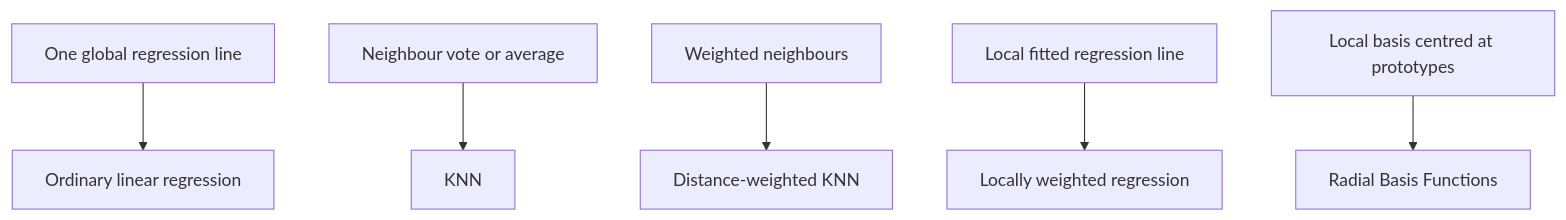
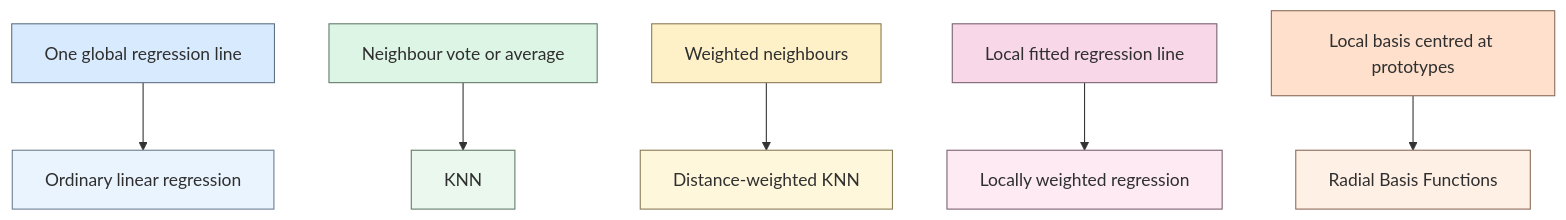
Before and after one commit to arshadhs/arshadhs.github.io: the fourth of 4 diagrams in content/docs/ai/machine-learning/06-instance-based-learning.md, drawn with Mermaid. The commit also changed other lines of this file and 1 other file, not shown here.

```diff
--- a/content/docs/ai/machine-learning/06-instance-based-learning.md
+++ b/content/docs/ai/machine-learning/06-instance-based-learning.md
@@ -786,8 +762,20 @@
 {{< mermaid >}}
 flowchart TD
   A[One global regression line] --> B[Ordinary linear regression]
   C[Neighbour vote or average] --> D[KNN]
   E[Weighted neighbours] --> F[Distance-weighted KNN]
   G[Local fitted regression line] --> H[Locally weighted regression]
   I[Local basis centred at prototypes] --> J[Radial Basis Functions]
+
+  %% Pastel Styling
+  style A fill:#D8EAFE,stroke:#5E7084,color:#2F2F2F
+  style B fill:#EAF4FF,stroke:#6B7D90,color:#2F2F2F
+  style C fill:#DDF5E4,stroke:#637A68,color:#2F2F2F
+  style D fill:#EAF8EE,stroke:#637A68,color:#2F2F2F
+  style E fill:#FFF1C7,stroke:#8A7A54,color:#2F2F2F
+  style F fill:#FFF7DC,stroke:#8A7A54,color:#2F2F2F
+  style G fill:#F8D7E8,stroke:#7A6170,color:#2F2F2F
+  style H fill:#FDEAF3,stroke:#7A6170,color:#2F2F2F
+  style I fill:#FFE0CC,stroke:#8B6A58,color:#2F2F2F
+  style J fill:#FFF0E6,stroke:#8B6A58,color:#2F2F2F
 {{< /mermaid >}}
```
